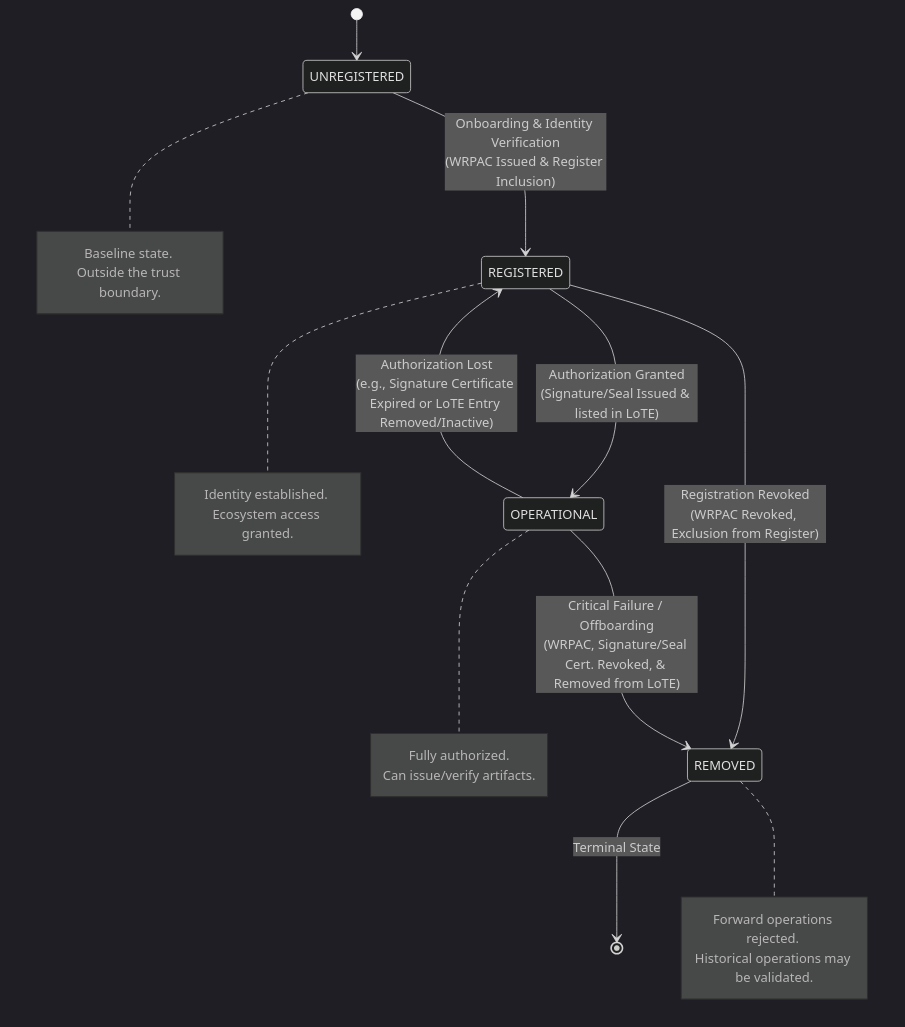
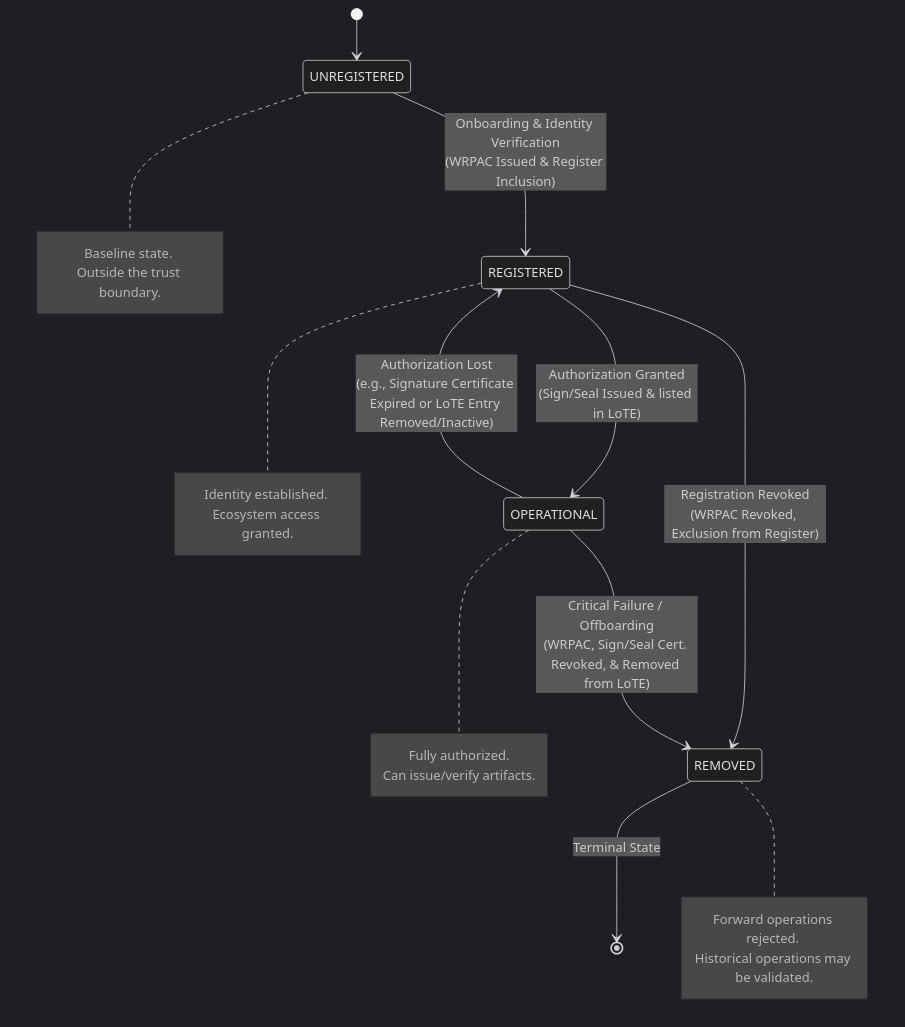
One commit to APTITUDE-Consortium/wp2-trust-specifications changed the third of 4 diagrams in docs/topics/trust-management-process.md. Above: the diagram before and after it, drawn with Mermaid (dark theme). The commit also changed other lines of this file and 14 other files, not shown here.

````diff
--- a/docs/topics/trust-management-process.md
+++ b/docs/topics/trust-management-process.md
@@ -262,44 +262,44 @@
 ```mermaid
 stateDiagram-v2
     %% Define states
     [*] --> Unreg
     
     state "UNREGISTERED" as Unreg
     state "REGISTERED" as Reg
     state "OPERATIONAL" as Op
     state "REMOVED" as Withdrawn
     
     %% Define transitions
     Unreg --> Reg : Onboarding & Identity Verification<br>(WRPAC Issued & Register Inclusion)
     
-    Reg --> Op : Authorization Granted<br>(Signature/Seal Issued & listed in LoTE)
+    Reg --> Op : Authorization Granted<br>(Sign/Seal Issued & listed in LoTE)
     
     Op --> Reg : Authorization Lost<br>(e.g., Signature Certificate Expired or LoTE Entry Removed/Inactive)
     
     Reg --> Withdrawn : Registration Revoked<br>(WRPAC Revoked, Exclusion from Register)
     
-    Op --> Withdrawn : Critical Failure / Offboarding<br>(WRPAC, Signature/Seal Cert. Revoked, & Removed from LoTE)
+    Op --> Withdrawn : Critical Failure / Offboarding<br>(WRPAC, Sign/Seal Cert. Revoked, & Removed from LoTE)
     
     Withdrawn --> [*] : Terminal State
     
     %% Add descriptive notes
     note right of Unreg
         Baseline state. 
         Outside the trust boundary.
     end note
     
     note right of Reg
         Identity established. 
         Ecosystem access granted.
     end note
     
     note right of Op
         Fully authorized. 
         Can issue/verify artifacts.
     end note
     
     note right of Withdrawn
         Forward operations rejected. 
         Historical operations may be validated.
     end note
 ```
````
